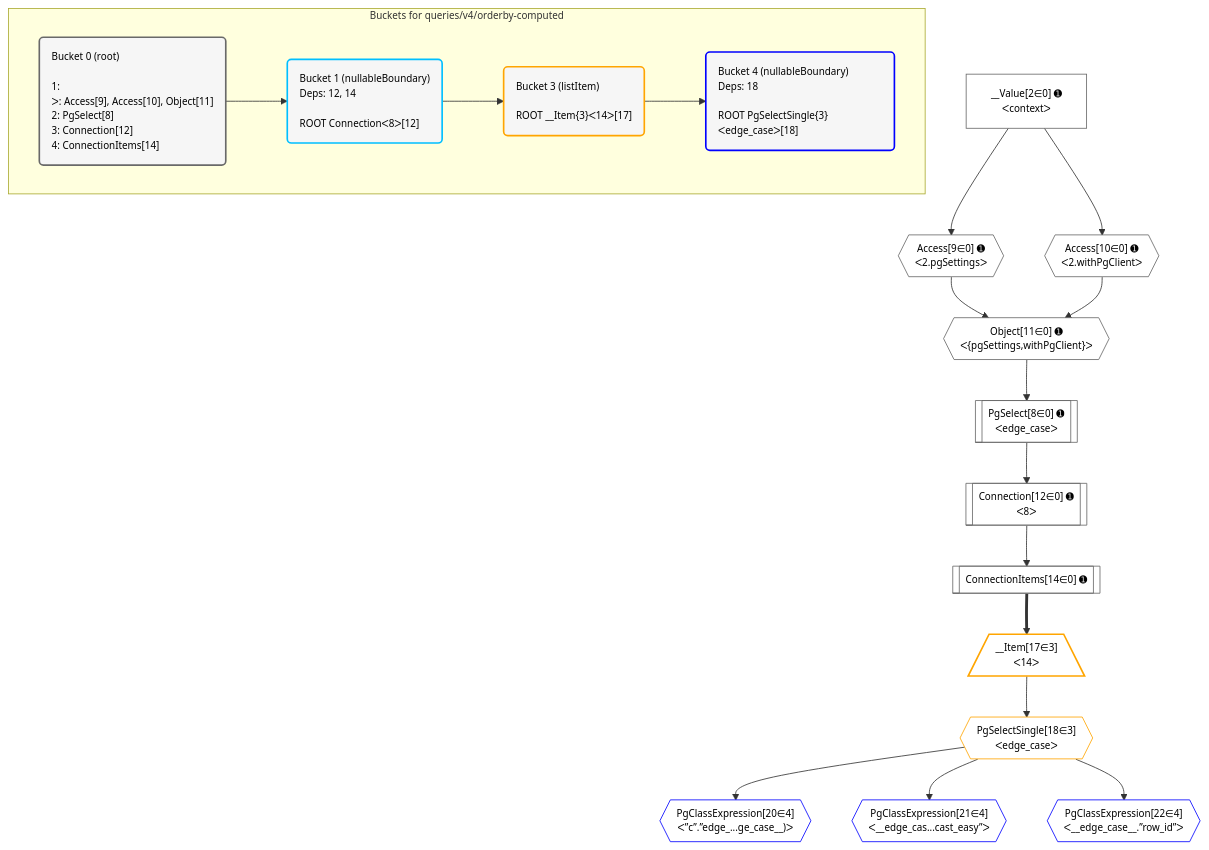
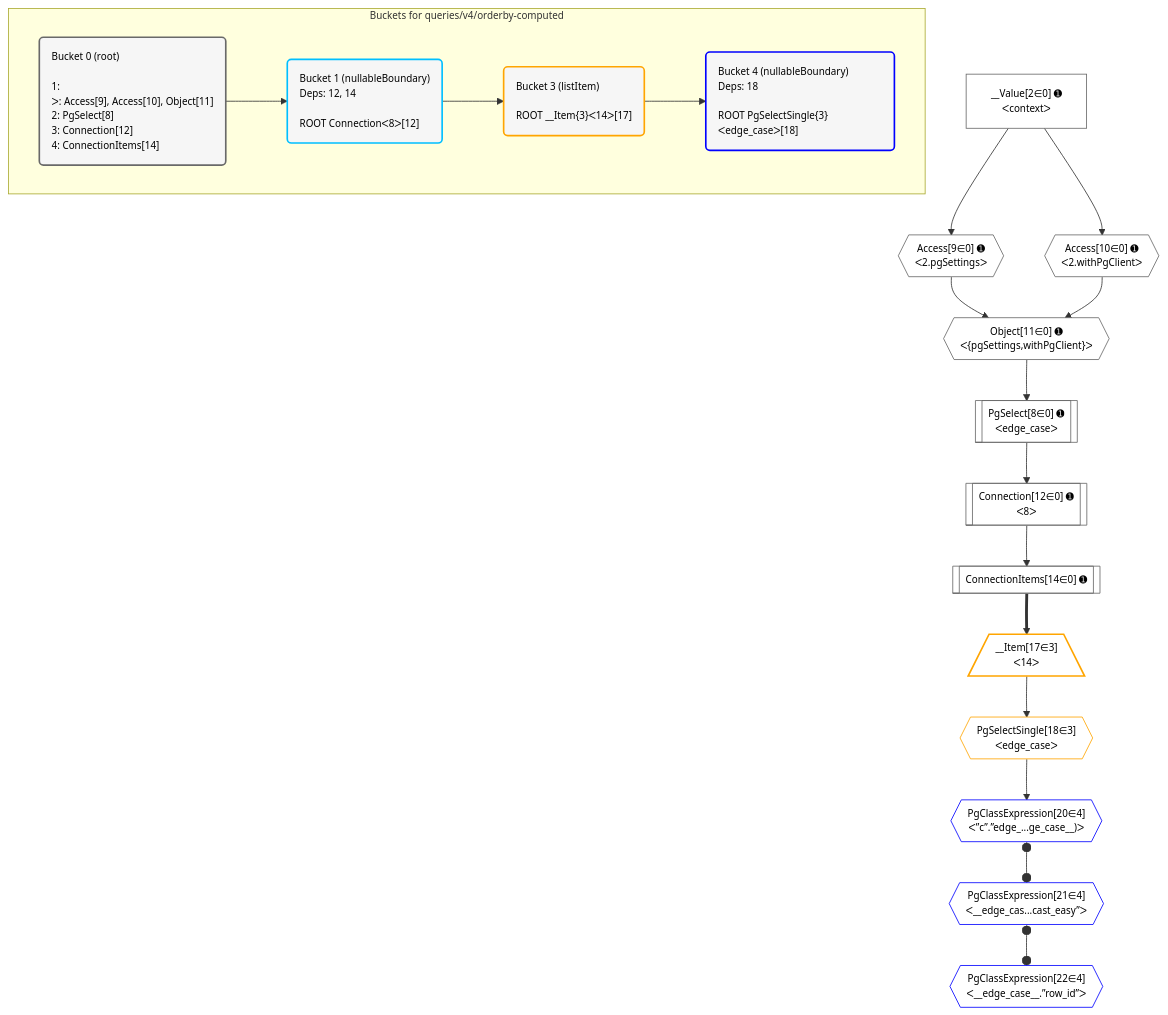
Before and after one commit to graphile/crystal: the diagram in postgraphile/postgraphile/__tests__/queries/v4/orderby-computed.mermaid, drawn with Mermaid. The commit also changed 333 other files, not shown here.

```diff
--- a/postgraphile/postgraphile/__tests__/queries/v4/orderby-computed.mermaid
+++ b/postgraphile/postgraphile/__tests__/queries/v4/orderby-computed.mermaid
@@ -1,53 +1,53 @@
 %%{init: {'themeVariables': { 'fontSize': '12px'}}}%%
 graph TD
     classDef path fill:#eee,stroke:#000,color:#000
     classDef plan fill:#fff,stroke-width:1px,color:#000
     classDef itemplan fill:#fff,stroke-width:2px,color:#000
     classDef unbatchedplan fill:#dff,stroke-width:1px,color:#000
     classDef sideeffectplan fill:#fcc,stroke-width:2px,color:#000
     classDef bucket fill:#f6f6f6,color:#000,stroke-width:2px,text-align:left
 
     subgraph "Buckets for queries/v4/orderby-computed"
     Bucket0("Bucket 0 (root)<br /><br />1: <br />ᐳ: Access[9], Access[10], Object[11]<br />2: PgSelect[8]<br />3: Connection[12]<br />4: ConnectionItems[14]"):::bucket
     Bucket1("Bucket 1 (nullableBoundary)<br />Deps: 12, 14<br /><br />ROOT Connectionᐸ8ᐳ[12]"):::bucket
     Bucket3("Bucket 3 (listItem)<br /><br />ROOT __Item{3}ᐸ14ᐳ[17]"):::bucket
     Bucket4("Bucket 4 (nullableBoundary)<br />Deps: 18<br /><br />ROOT PgSelectSingle{3}ᐸedge_caseᐳ[18]"):::bucket
     end
     Bucket0 --> Bucket1
     Bucket1 --> Bucket3
     Bucket3 --> Bucket4
 
     %% plan dependencies
     Object11{{"Object[11∈0] ➊<br />ᐸ{pgSettings,withPgClient}ᐳ"}}:::plan
     Access9{{"Access[9∈0] ➊<br />ᐸ2.pgSettingsᐳ"}}:::plan
     Access10{{"Access[10∈0] ➊<br />ᐸ2.withPgClientᐳ"}}:::plan
     Access9 & Access10 --> Object11
     PgSelect8[["PgSelect[8∈0] ➊<br />ᐸedge_caseᐳ"]]:::plan
     Object11 --> PgSelect8
     __Value2["__Value[2∈0] ➊<br />ᐸcontextᐳ"]:::plan
     __Value2 --> Access9
     __Value2 --> Access10
     Connection12[["Connection[12∈0] ➊<br />ᐸ8ᐳ"]]:::plan
     PgSelect8 --> Connection12
     ConnectionItems14[["ConnectionItems[14∈0] ➊"]]:::plan
     Connection12 --> ConnectionItems14
     __Item17[/"__Item[17∈3]<br />ᐸ14ᐳ"\]:::itemplan
     ConnectionItems14 ==> __Item17
     PgSelectSingle18{{"PgSelectSingle[18∈3]<br />ᐸedge_caseᐳ"}}:::plan
     __Item17 --> PgSelectSingle18
     PgClassExpression20{{"PgClassExpression[20∈4]<br />ᐸ”c”.”edge_...ge_case__)ᐳ"}}:::plan
     PgSelectSingle18 --> PgClassExpression20
     PgClassExpression21{{"PgClassExpression[21∈4]<br />ᐸ__edge_cas...cast_easy”ᐳ"}}:::plan
-    PgSelectSingle18 --> PgClassExpression21
+    PgClassExpression20 o--o PgClassExpression21
     PgClassExpression22{{"PgClassExpression[22∈4]<br />ᐸ__edge_case__.”row_id”ᐳ"}}:::plan
-    PgSelectSingle18 --> PgClassExpression22
+    PgClassExpression21 o--o PgClassExpression22
 
     %% define steps
     classDef bucket0 stroke:#696969
     class Bucket0,__Value2,PgSelect8,Access9,Access10,Object11,Connection12,ConnectionItems14 bucket0
     classDef bucket1 stroke:#00bfff
     class Bucket1 bucket1
     classDef bucket3 stroke:#ffa500
     class Bucket3,__Item17,PgSelectSingle18 bucket3
     classDef bucket4 stroke:#0000ff
     class Bucket4,PgClassExpression20,PgClassExpression21,PgClassExpression22 bucket4
```
